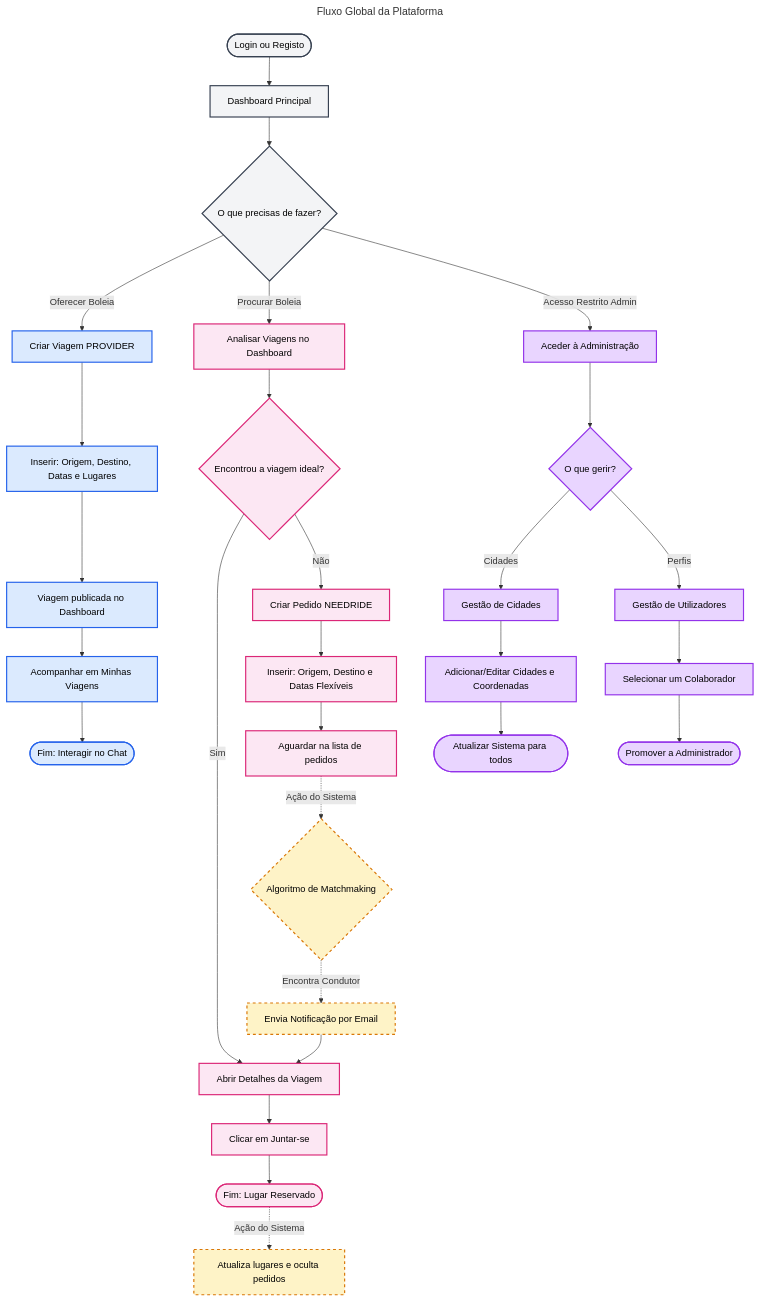
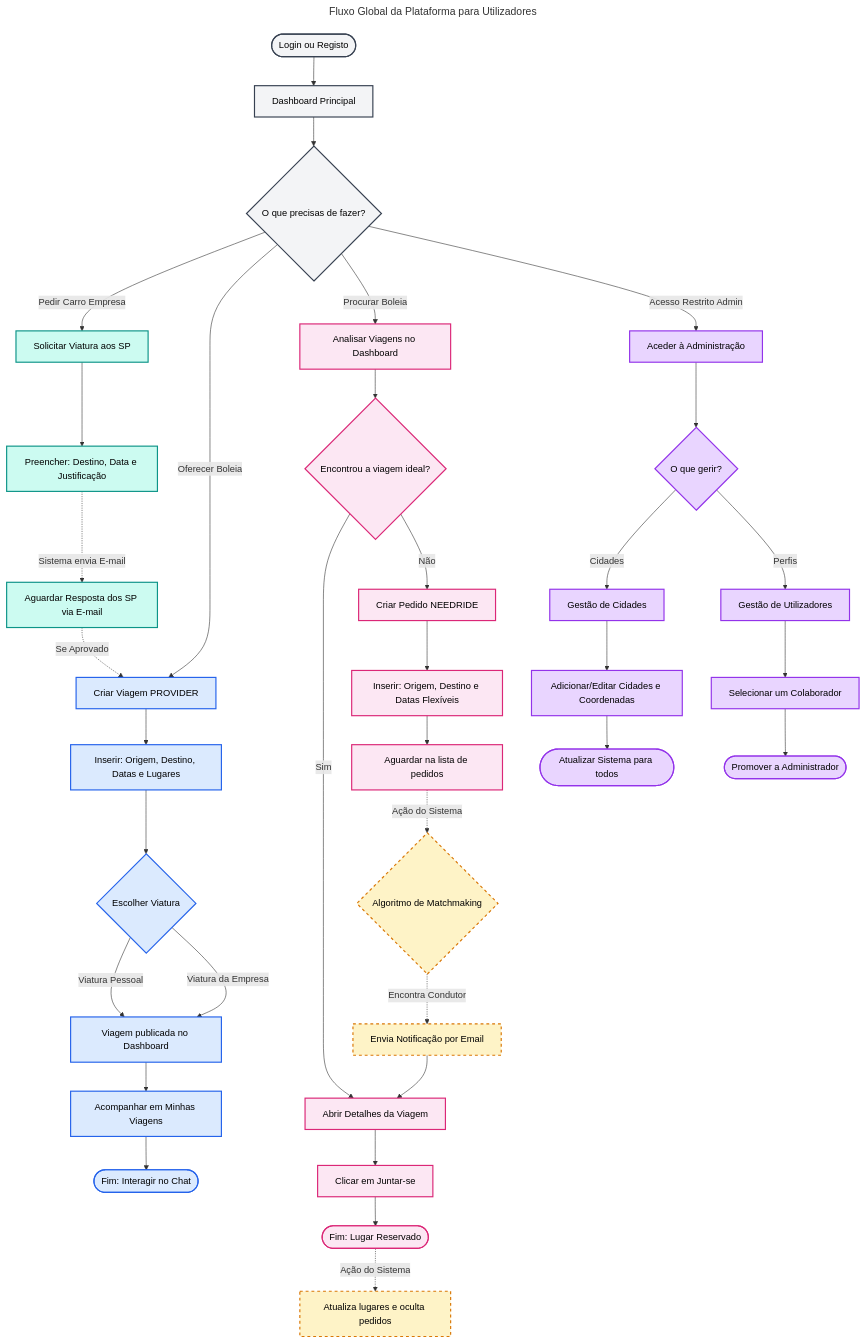
Before and after one commit to joaosantos1231209/Road-Buddies: the diagram in Documentation/fluxo-global.md, drawn with Mermaid. The commit also changed 14 other files, not shown here.

````diff
--- a/Documentation/fluxo-global.md
+++ b/Documentation/fluxo-global.md
@@ -1,60 +1,70 @@
 ```mermaid
 ---
-title: Fluxo Global da Plataforma
+title: Fluxo Global da Plataforma para Utilizadores
 ---
 graph TD
     %% Estilos
     classDef login fill:#f3f4f6,stroke:#374151,stroke-width:2px,color:#000
     classDef condutor fill:#dbeafe,stroke:#2563eb,stroke-width:2px,color:#000
     classDef passageiro fill:#fce7f3,stroke:#db2777,stroke-width:2px,color:#000
     classDef admin fill:#e9d5ff,stroke:#9333ea,stroke-width:2px,color:#000
     classDef sistema fill:#fef3c7,stroke:#d97706,stroke-width:2px,stroke-dasharray: 5 5,color:#000
+    classDef frota fill:#ccfbf1,stroke:#0d9488,stroke-width:2px,color:#000
 
     %% Estrutura Base Unificada
     A([Login ou Registo]) --> B[Dashboard Principal]
     B --> C{O que precisas de fazer?}
 
+    %% FLUXO DE FROTA / SP (NOVO)
+    C -->|Pedir Carro Empresa| SP1[Solicitar Viatura aos SP]
+    SP1 --> SP2[Preencher: Destino, Data e Justificação]
+    SP2 -.->|Sistema envia E-mail| SP3[Aguardar Resposta dos SP via E-mail]
+    SP3 -.->|Se Aprovado| D
+
     %% FLUXO DO CONDUTOR (Acesso: Todos)
     C -->|Oferecer Boleia| D[Criar Viagem PROVIDER]
     D --> E[Inserir: Origem, Destino, Datas e Lugares]
-    E --> F[Viagem publicada no Dashboard]
+    E --> E2{Escolher Viatura}
+    E2 -->|Viatura Pessoal| F[Viagem publicada no Dashboard]
+    E2 -->|Viatura da Empresa| F
     F --> G[Acompanhar em Minhas Viagens]
     G --> H([Fim: Interagir no Chat])
 
     %% FLUXO DO PASSAGEIRO (Acesso: Todos)
     C -->|Procurar Boleia| I[Analisar Viagens no Dashboard]
     I --> J{Encontrou a viagem ideal?}
 
     J -->|Sim| K[Abrir Detalhes da Viagem]
     K --> L[Clicar em Juntar-se]
     L --> M([Fim: Lugar Reservado])
     M -.->|Ação do Sistema| N[Atualiza lugares e oculta pedidos]
 
     J -->|Não| O[Criar Pedido NEEDRIDE]
     O --> P[Inserir: Origem, Destino e Datas Flexíveis]
     P --> Q[Aguardar na lista de pedidos]
     
     %% O Sistema
     Q -.->|Ação do Sistema| R{Algoritmo de Matchmaking}
     R -.->|Encontra Condutor| S[Envia Notificação por Email]
     S --> K
 
     %% FLUXO DE ADMINISTRAÇÃO (Acesso: Restrito)
     C -->|Acesso Restrito Admin| T[Aceder à Administração]
     T --> U{O que gerir?}
 
     U -->|Cidades| V[Gestão de Cidades]
     V --> W[Adicionar/Editar Cidades e Coordenadas]
     W --> X([Atualizar Sistema para todos])
 
     U -->|Perfis| Y[Gestão de Utilizadores]
     Y --> Z[Selecionar um Colaborador]
     Z --> AA([Promover a Administrador])
 
     %% Aplicar as classes
     class A,B,C login;
-    class D,E,F,G,H condutor;
+    class D,E,E2,F,G,H condutor;
     class I,J,K,L,M,O,P,Q passageiro;
     class N,R,S sistema;
     class T,U,V,W,X,Y,Z,AA admin;
+    class SP1,SP2,SP3 frota;
 ```
````
